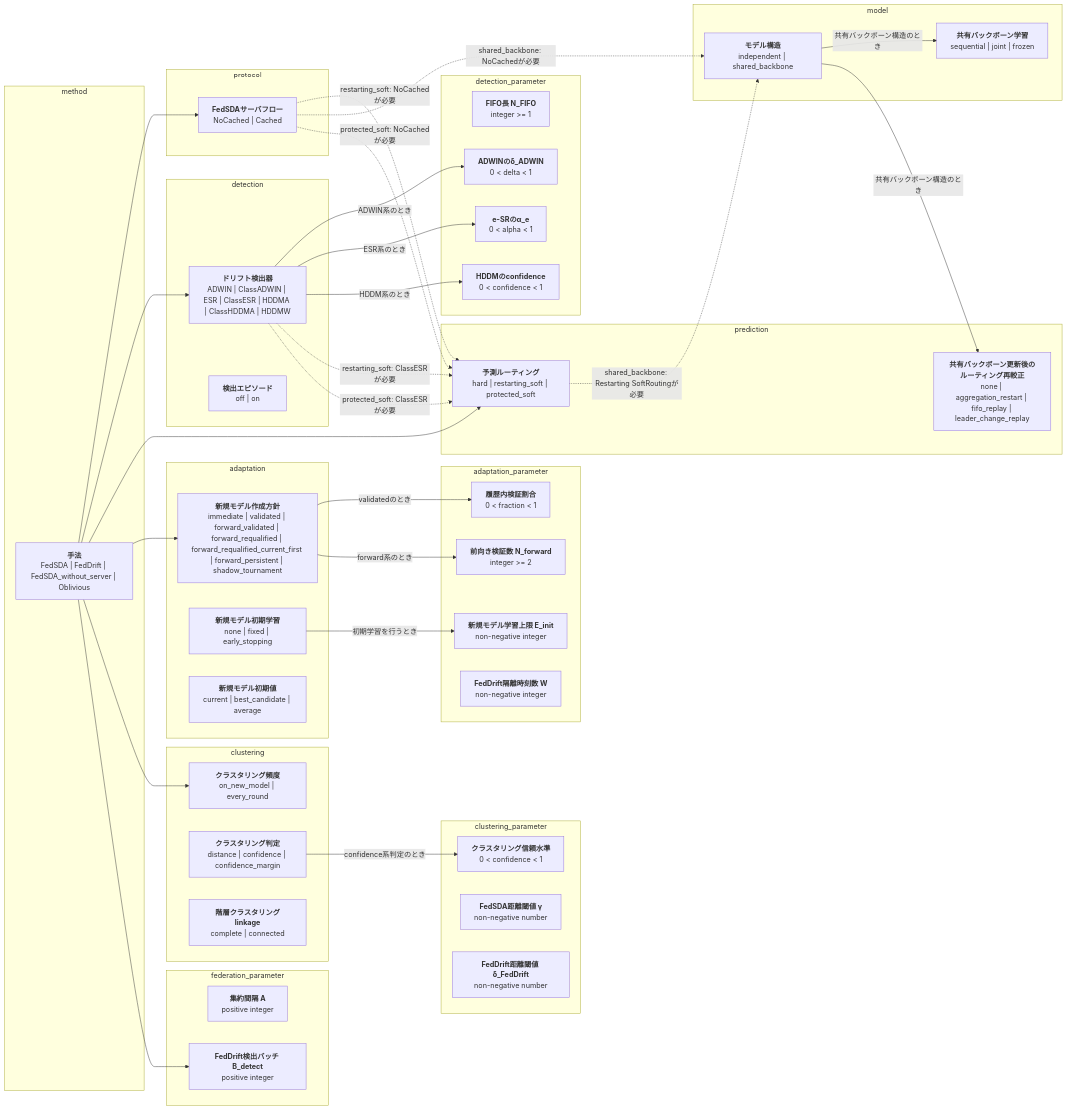
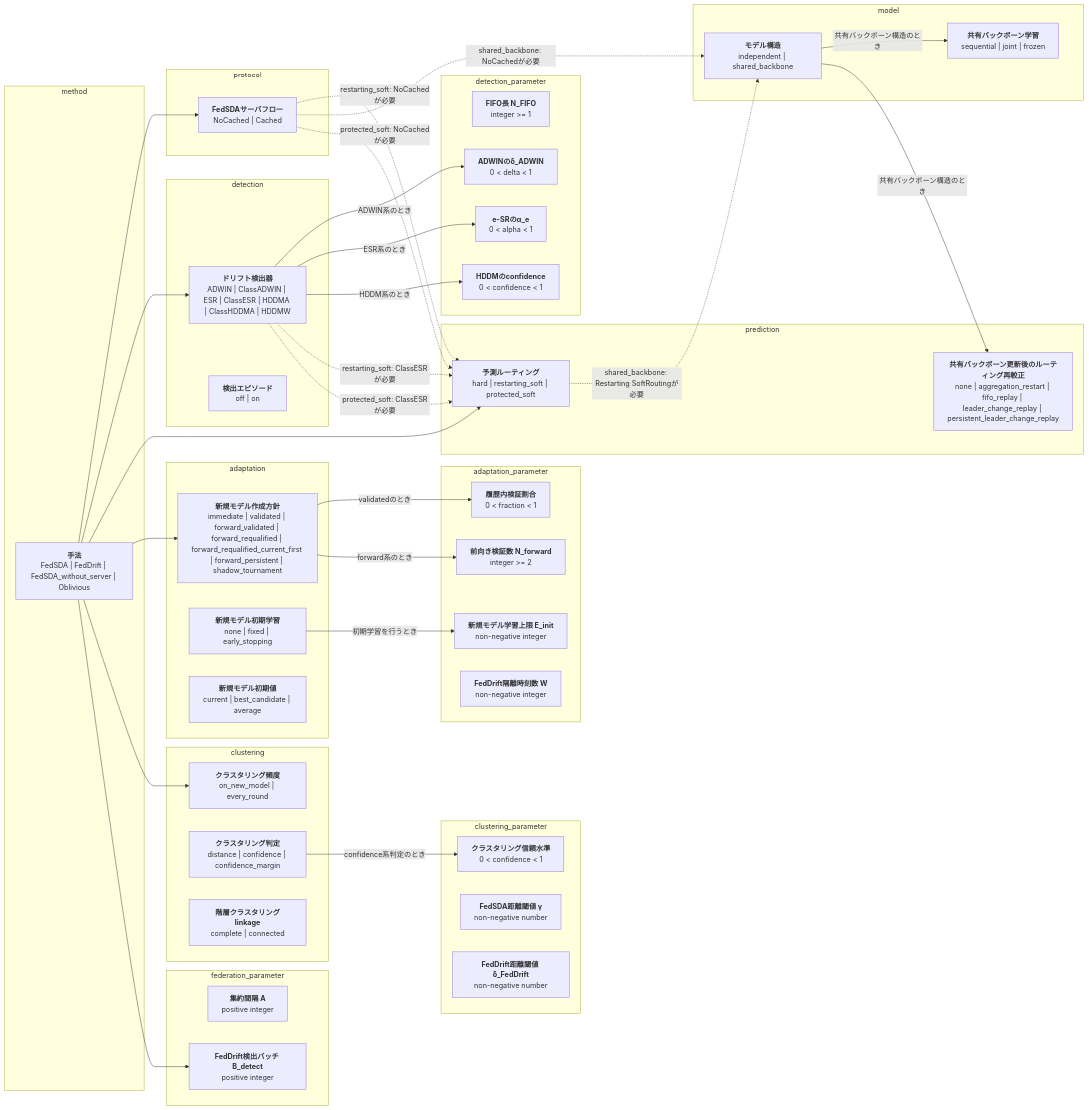
The first of 2 diagrams in docs/options.md (shimmen3141/FedSDA-experiment), drawn with Mermaid before and after one commit. The commit also changed 8 other files, not shown here.

Commit message:
Add persistent routing recalibration

````diff
--- a/docs/options.md
+++ b/docs/options.md
@@ -18,73 +18,73 @@
 ```mermaid
 flowchart LR
   subgraph group_method[method]
     method["<b>手法</b><br/>FedSDA | FedDrift | FedSDA_without_server | Oblivious"]
   end
   subgraph group_protocol[protocol]
     server_flow["<b>FedSDAサーバフロー</b><br/>NoCached | Cached"]
   end
   subgraph group_detection[detection]
     detector["<b>ドリフト検出器</b><br/>ADWIN | ClassADWIN | ESR | ClassESR | HDDMA | ClassHDDMA | HDDMW"]
     detection_episodes["<b>検出エピソード</b><br/>off | on"]
   end
   subgraph group_prediction[prediction]
     routing["<b>予測ルーティング</b><br/>hard | restarting_soft | protected_soft"]
-    shared_backbone_routing_recalibration["<b>共有バックボーン更新後のルーティング再較正</b><br/>none | aggregation_restart | fifo_replay | leader_change_replay"]
+    shared_backbone_routing_recalibration["<b>共有バックボーン更新後のルーティング再較正</b><br/>none | aggregation_restart | fifo_replay | leader_change_replay | persistent_leader_change_replay"]
   end
   subgraph group_model[model]
     model_architecture["<b>モデル構造</b><br/>independent | shared_backbone"]
     shared_backbone_training["<b>共有バックボーン学習</b><br/>sequential | joint | frozen"]
   end
   subgraph group_adaptation[adaptation]
     new_model_creation_policy["<b>新規モデル作成方針</b><br/>immediate | validated | forward_validated | forward_requalified | forward_requalified_current_first | forward_persistent | shadow_tournament"]
     new_model_training["<b>新規モデル初期学習</b><br/>none | fixed | early_stopping"]
     new_model_initialization["<b>新規モデル初期値</b><br/>current | best_candidate | average"]
   end
   subgraph group_adaptation_parameter[adaptation_parameter]
     new_model_epochs["<b>新規モデル学習上限 E_init</b><br/>non-negative integer"]
     new_model_validation_fraction["<b>履歴内検証割合</b><br/>0 < fraction < 1"]
     new_model_forward_validation_samples["<b>前向き検証数 N_forward</b><br/>integer >= 2"]
     feddrift_isolation_timesteps["<b>FedDrift隔離時刻数 W</b><br/>non-negative integer"]
   end
   subgraph group_detection_parameter[detection_parameter]
     fifo_size["<b>FIFO長 N_FIFO</b><br/>integer >= 1"]
     adwin_delta["<b>ADWINのδ_ADWIN</b><br/>0 < delta < 1"]
     e_detector_alpha["<b>e-SRのα_e</b><br/>0 < alpha < 1"]
     hddm_drift_confidence["<b>HDDMのconfidence</b><br/>0 < confidence < 1"]
   end
   subgraph group_clustering[clustering]
     clustering_policy["<b>クラスタリング頻度</b><br/>on_new_model | every_round"]
     clustering_decision["<b>クラスタリング判定</b><br/>distance | confidence | confidence_margin"]
     cluster_linkage["<b>階層クラスタリングlinkage</b><br/>complete | connected"]
   end
   subgraph group_clustering_parameter[clustering_parameter]
     clustering_confidence["<b>クラスタリング信頼水準</b><br/>0 < confidence < 1"]
     fedsda_distance_threshold["<b>FedSDA距離閾値 γ</b><br/>non-negative number"]
     feddrift_distance_threshold["<b>FedDrift距離閾値 δ_FedDrift</b><br/>non-negative number"]
   end
   subgraph group_federation_parameter[federation_parameter]
     aggregation_interval["<b>集約間隔 A</b><br/>positive integer"]
     feddrift_detection_batch_size["<b>FedDrift検出バッチ B_detect</b><br/>positive integer"]
   end
   model_architecture -->|"共有バックボーン構造のとき"| shared_backbone_training
   model_architecture -->|"共有バックボーン構造のとき"| shared_backbone_routing_recalibration
   new_model_training -->|"初期学習を行うとき"| new_model_epochs
   new_model_creation_policy -->|"validatedのとき"| new_model_validation_fraction
   new_model_creation_policy -->|"forward系のとき"| new_model_forward_validation_samples
   detector -->|"ADWIN系のとき"| adwin_delta
   detector -->|"ESR系のとき"| e_detector_alpha
   detector -->|"HDDM系のとき"| hddm_drift_confidence
   clustering_decision -->|"confidence系判定のとき"| clustering_confidence
   server_flow -.->|"restarting_soft: NoCachedが必要"| routing
   detector -.->|"restarting_soft: ClassESRが必要"| routing
   server_flow -.->|"shared_backbone: NoCachedが必要"| model_architecture
   routing -.->|"shared_backbone: Restarting SoftRoutingが必要"| model_architecture
   server_flow -.->|"protected_soft: NoCachedが必要"| routing
   detector -.->|"protected_soft: ClassESRが必要"| routing
   method --> server_flow
   method --> detector
   method --> routing
   method --> new_model_creation_policy
   method --> clustering_policy
   method --> feddrift_detection_batch_size
 ```
````
